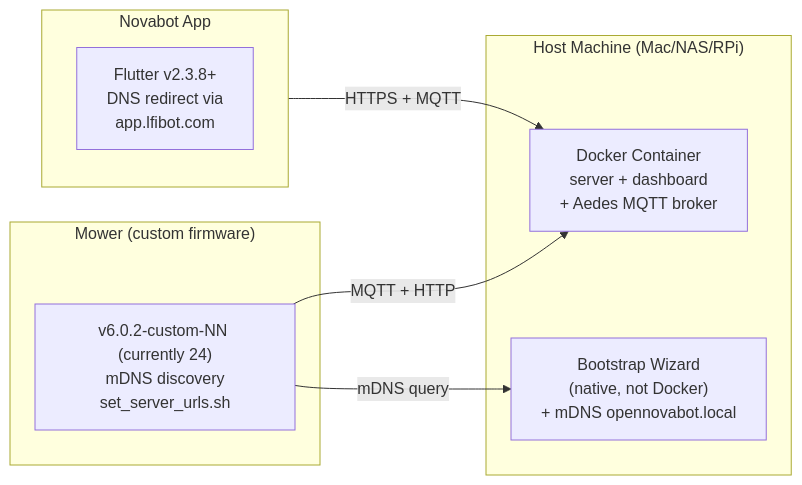
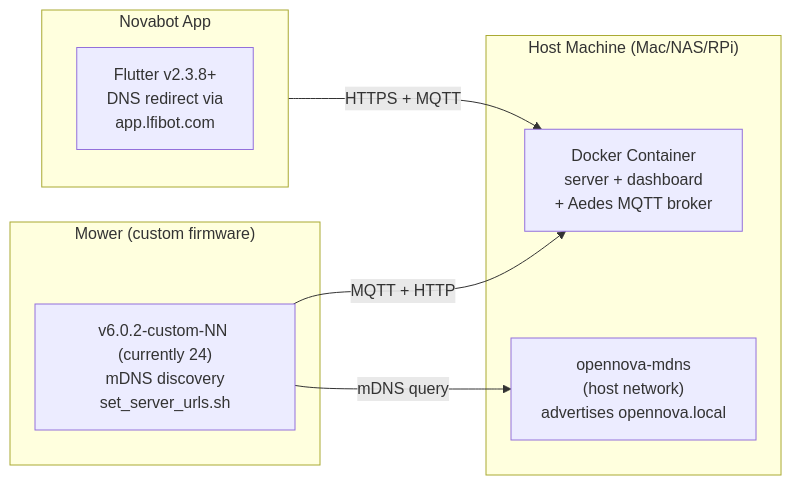
Before and after one commit to rvbcrs/Novabot: the third of 3 diagrams in docs/firmware/custom-firmware.md, drawn with Mermaid. The commit also changed other lines of this file and 8 other files, not shown here.

````diff
--- a/docs/firmware/custom-firmware.md
+++ b/docs/firmware/custom-firmware.md
@@ -613,19 +613,19 @@
 ```mermaid
 flowchart LR
     subgraph Host["Host Machine (Mac/NAS/RPi)"]
         Docker["Docker Container<br/>server + dashboard<br/>+ Aedes MQTT broker"]
-        Bootstrap["Bootstrap Wizard<br/>(native, not Docker)<br/>+ mDNS opennovabot.local"]
+        MDNS["opennova-mdns<br/>(host network)<br/>advertises opennova.local"]
     end
 
     subgraph Mower["Mower (custom firmware)"]
         Firmware["v6.0.2-custom-NN (currently 24)<br/>mDNS discovery<br/>set_server_urls.sh"]
     end
 
     subgraph App["Novabot App"]
         Flutter["Flutter v2.3.8+<br/>DNS redirect via<br/>app.lfibot.com"]
     end
 
-    Firmware -->|mDNS query| Bootstrap
+    Firmware -->|mDNS query| MDNS
     Firmware -->|MQTT + HTTP| Docker
     App -->|HTTPS + MQTT| Docker
 ```
````
